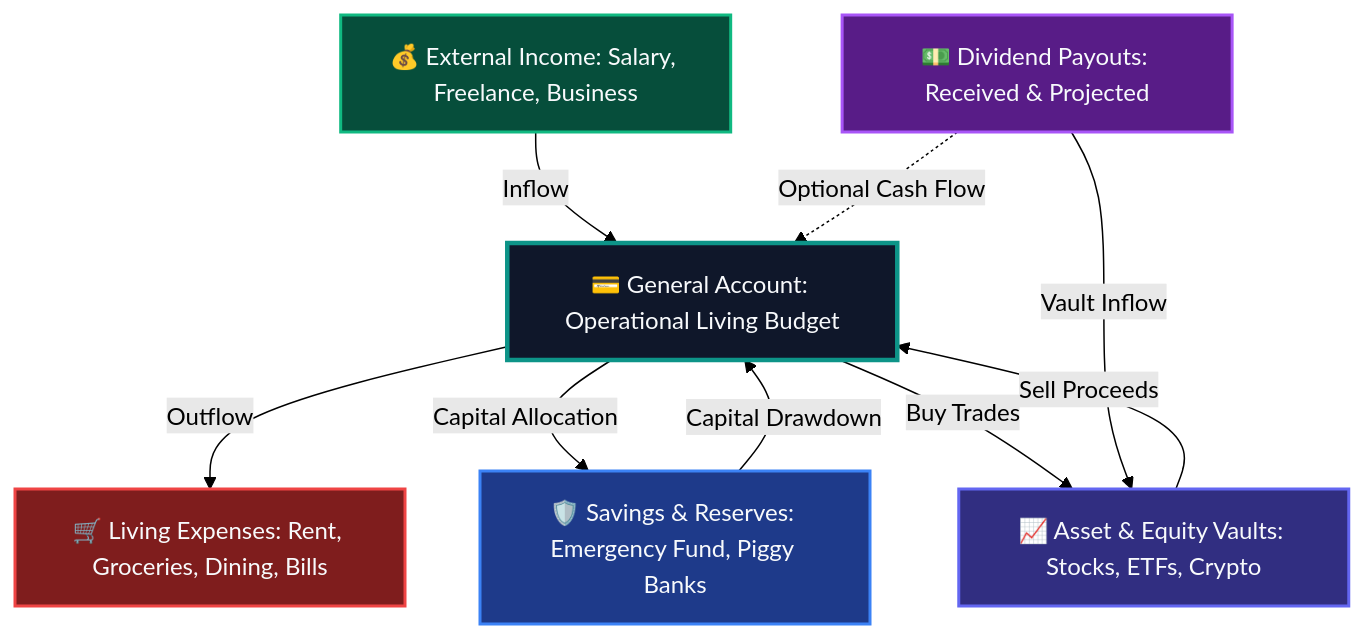
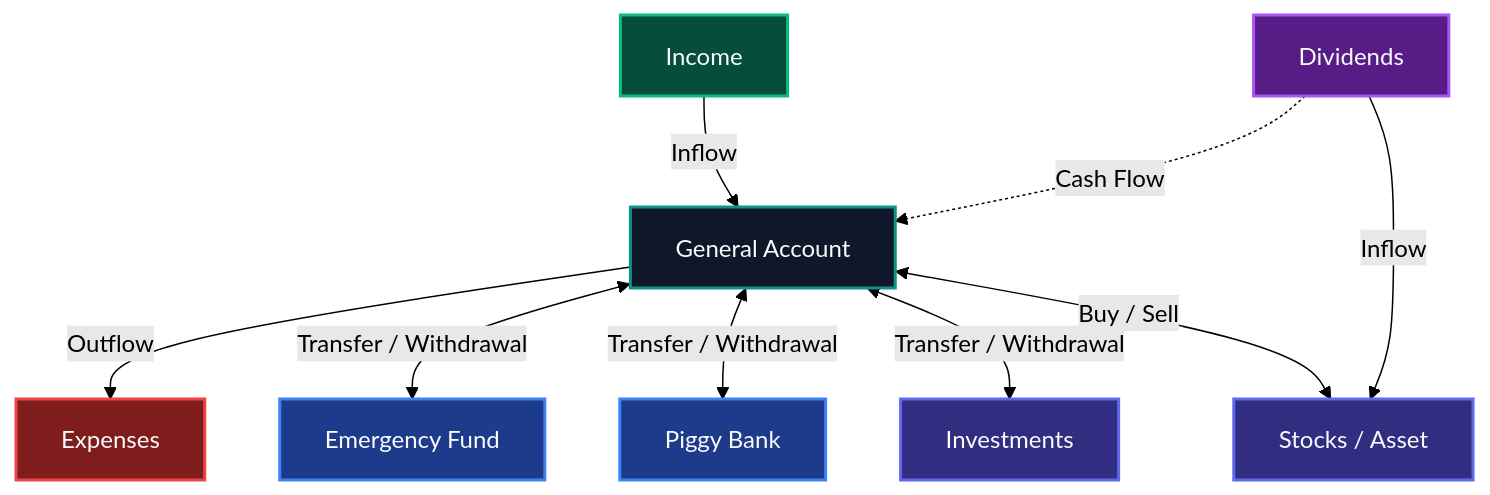
One commit to CompoundlySupport/MoneyVaults-Privacy changed the diagram in USER_GUIDE.md. Above: the diagram before and after it, drawn with Mermaid (forest theme). The commit also changed other lines of this file, not shown here.

````diff
--- a/USER_GUIDE.md
+++ b/USER_GUIDE.md
@@ -90,28 +91,31 @@
 ```mermaid
 flowchart TD
-    ExternalIncome["💰 External Income: Salary, Freelance, Business"]
-    GA["💳 General Account: Operational Living Budget"]
-    LivingExpenses["🛒 Living Expenses: Rent, Groceries, Dining, Bills"]
-    Reserves["🛡️ Savings & Reserves: Emergency Fund, Piggy Banks"]
-    Assets["📈 Asset & Equity Vaults: Stocks, ETFs, Crypto"]
-    Dividends["💵 Dividend Payouts: Received & Projected"]
+    Income["Income"]
+    Dividends["Dividends"]
+    General["General Account"]
+    Expenses["Expenses"]
+    Emergency["Emergency Fund"]
+    Piggy["Piggy Bank"]
+    Investments["Investments"]
+    Stocks["Stocks / Asset"]
 
-    ExternalIncome -->|Inflow| GA
-    GA -->|Outflow| LivingExpenses
+    Income -->|Inflow| General
+    General -->|Outflow| Expenses
 
-    GA -->|Capital Allocation| Reserves
-    Reserves -->|Capital Drawdown| GA
+    General <-->|Transfer / Withdrawal| Emergency
+    General <-->|Transfer / Withdrawal| Piggy
+    General <-->|Transfer / Withdrawal| Investments
+    General <-->|Buy / Sell| Stocks
 
-    GA -->|Buy Trades| Assets
-    Assets -->|Sell Proceeds| GA
+    Dividends -->|Inflow| Stocks
+    Dividends -.->|Cash Flow| General
 
-    Dividends -->|Vault Inflow| Assets
-    Dividends -.->|Optional Cash Flow| GA
-
-    style GA fill:#0f172a,stroke:#0d9488,stroke-width:3px,color:#f8fafc
-    style ExternalIncome fill:#064e3b,stroke:#10b981,stroke-width:2px,color:#f8fafc
-    style LivingExpenses fill:#7f1d1d,stroke:#ef4444,stroke-width:2px,color:#f8fafc
-    style Reserves fill:#1e3a8a,stroke:#3b82f6,stroke-width:2px,color:#f8fafc
-    style Assets fill:#312e81,stroke:#6366f1,stroke-width:2px,color:#f8fafc
+    style General fill:#0f172a,stroke:#0d9488,stroke-width:2px,color:#f8fafc
+    style Income fill:#064e3b,stroke:#10b981,stroke-width:2px,color:#f8fafc
+    style Expenses fill:#7f1d1d,stroke:#ef4444,stroke-width:2px,color:#f8fafc
+    style Emergency fill:#1e3a8a,stroke:#3b82f6,stroke-width:2px,color:#f8fafc
+    style Piggy fill:#1e3a8a,stroke:#3b82f6,stroke-width:2px,color:#f8fafc
+    style Investments fill:#312e81,stroke:#6366f1,stroke-width:2px,color:#f8fafc
+    style Stocks fill:#312e81,stroke:#6366f1,stroke-width:2px,color:#f8fafc
     style Dividends fill:#581c87,stroke:#a855f7,stroke-width:2px,color:#f8fafc
 ```
````
